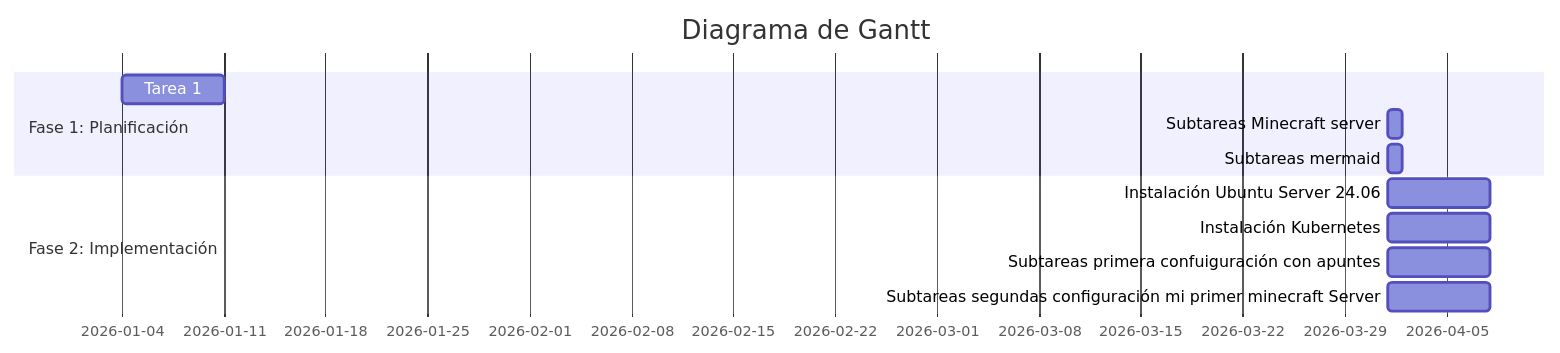
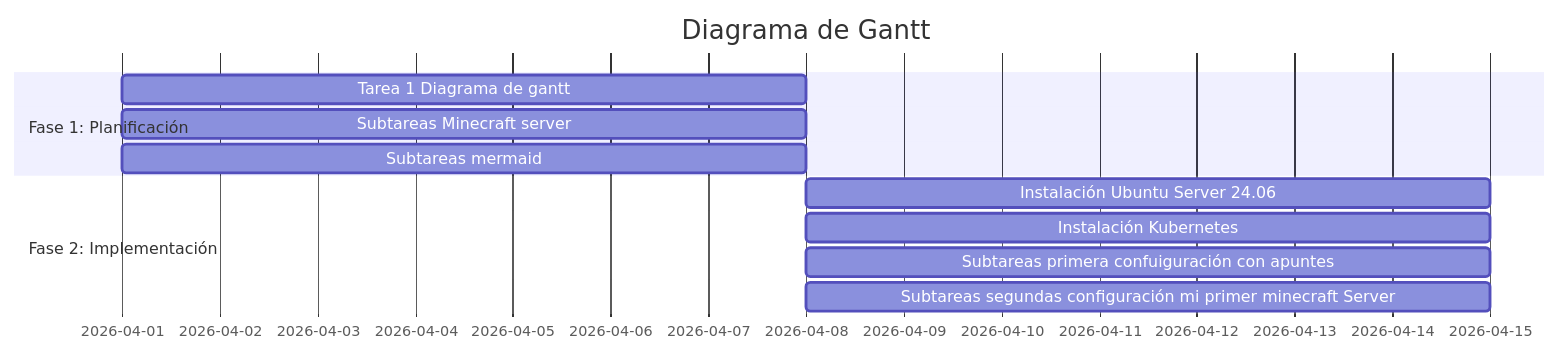
The second of 2 diagrams in README.md (pabnaviva/minecraft), drawn with Mermaid before and after one commit.

Commit message:
Update Gantt chart dates and task details

````diff
--- a/README.md
+++ b/README.md
@@ -21,14 +21,14 @@
 ```mermaid
 gantt
     title Diagrama de Gantt
     dateFormat DD-MM-YYYY
     section Fase 1: Planificación
-        Tarea 1: Diagrama de gantt                     :01-04-2026, 7d
-        Subtareas Minecraft server                     :01-04-2026, 1d
-        Subtareas mermaid                              :01-04-2026, 1d
+        Tarea 1 Diagrama de gantt                     :01-04-2026, 7d
+        Subtareas Minecraft server                     :01-04-2026, 7d
+        Subtareas mermaid                              :01-04-2026, 7d
     section Fase 2: Implementación
-        Instalación Ubuntu Server 24.06                                   :01-04-2026, 7d
-        Instalación Kubernetes                                            :01-04-2026, 7d
-        Subtareas primera confuiguración con apuntes                      :01-04-2026, 7d
-        Subtareas segundas configuración mi primer minecraft Server       :01-04-2026, 7d
+        Instalación Ubuntu Server 24.06                                   :08-04-2026, 7d
+        Instalación Kubernetes                                            :08-04-2026, 7d
+        Subtareas primera confuiguración con apuntes                      :08-04-2026, 7d
+        Subtareas segundas configuración mi primer minecraft Server       :08-04-2026, 7d
 ```
````
